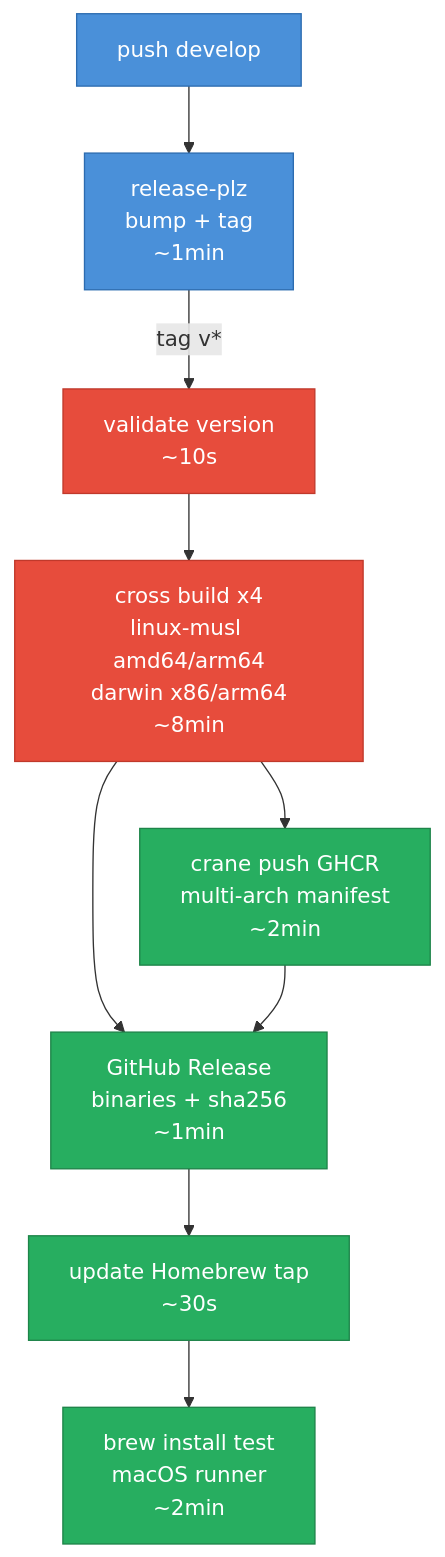
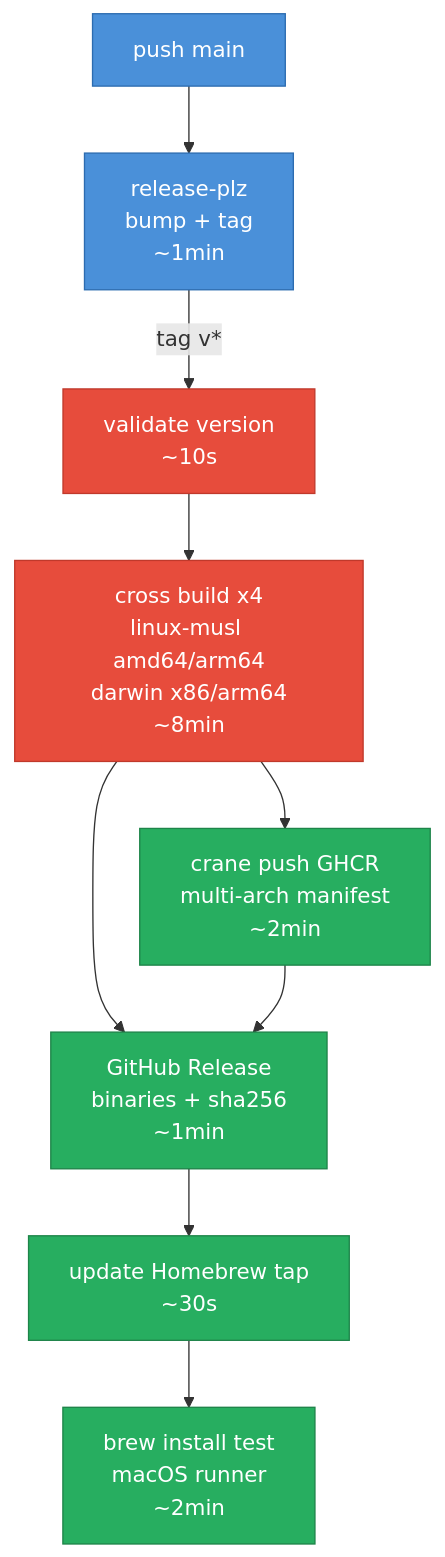
One commit to azerozero/grob changed the second of 2 diagrams in docs/diagrams/ci-cd-pert.md. Above: the diagram before and after it, drawn with Mermaid. The commit also changed other lines of this file and 9 other files, not shown here.

````diff
--- a/docs/diagrams/ci-cd-pert.md
+++ b/docs/diagrams/ci-cd-pert.md
@@ -56,25 +56,25 @@
 ```mermaid
 flowchart TB
-  push["push develop"]
+  push["push main"]
   releasePlz["release-plz\nbump + tag\n~1min"]
   push --> releasePlz
 
   releasePlz -->|"tag v*"| validate["validate version\n~10s"]
 
   validate --> build["cross build x4\nlinux-musl amd64/arm64\ndarwin x86/arm64\n~8min"]
 
   build --> container["crane push GHCR\nmulti-arch manifest\n~2min"]
   build --> release["GitHub Release\nbinaries + sha256\n~1min"]
   container --> release
 
   release --> homebrew["update Homebrew tap\n~30s"]
   homebrew --> brewTest["brew install test\nmacOS runner\n~2min"]
 
   classDef trigger fill:#4A90D9,stroke:#2C6CB0,color:#fff
   classDef critical fill:#E74C3C,stroke:#C0392B,color:#fff
   classDef publish fill:#27AE60,stroke:#1E8449,color:#fff
 
   class push,releasePlz trigger
   class validate,build critical
   class container,release,homebrew,brewTest publish
 ```
````
